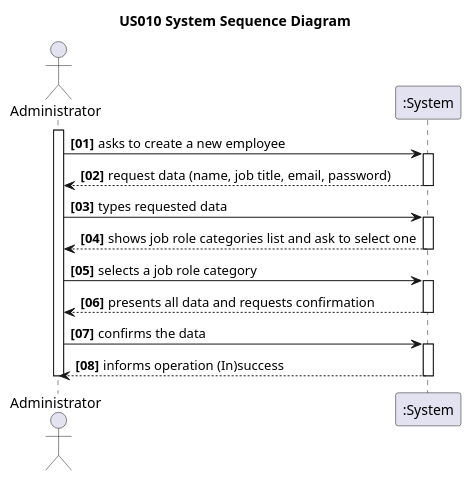
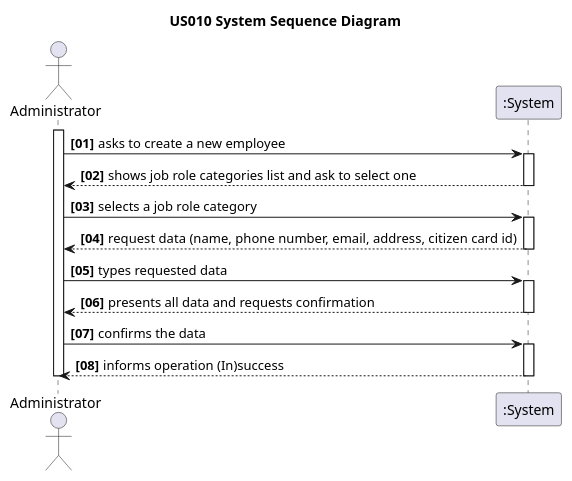
The diagram in docs/SprintB/US010/US010_SSD.puml (Pirussa/lei-22-s2-1da-g02), drawn with PlantUML before and after one commit.

Commit message:
US010 - SSD done.

```diff
--- a/docs/SprintB/US010/US010_SSD.puml
+++ b/docs/SprintB/US010/US010_SSD.puml
@@ -1,34 +1,34 @@
 @startuml
 'https://plantuml.com/sequence-diagram
 
 title US010 System Sequence Diagram
 
 autonumber "<b>[00]"
 
 actor Administrator
 
 activate Administrator
 
 Administrator -> ":System": asks to create a new employee
 activate ":System"
-Administrator <-- ":System": request data (name, job title, email, password)
-deactivate ":System"
-
-Administrator -> ":System": types requested data
-activate ":System"
 Administrator <-- ":System": shows job role categories list and ask to select one
 deactivate ":System"
 
 Administrator -> ":System": selects a job role category
+activate ":System"
+Administrator <-- ":System": request data (name, phone number, email, address, citizen card id)
+deactivate ":System"
+
+Administrator -> ":System":  types requested data
 activate ":System"
 Administrator <-- ":System": presents all data and requests confirmation
 deactivate ":System"
 
 Administrator -> ":System": confirms the data
 activate ":System"
 Administrator <-- ":System": informs operation (In)success
 deactivate ":System"
 
 deactivate Administrator
 
 @enduml
```
